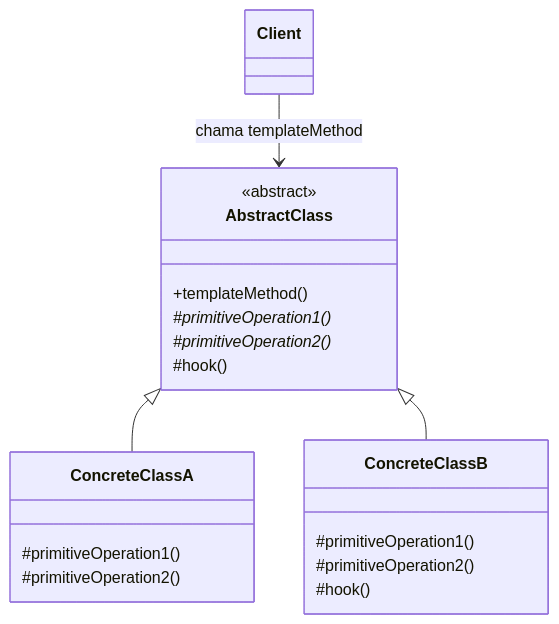
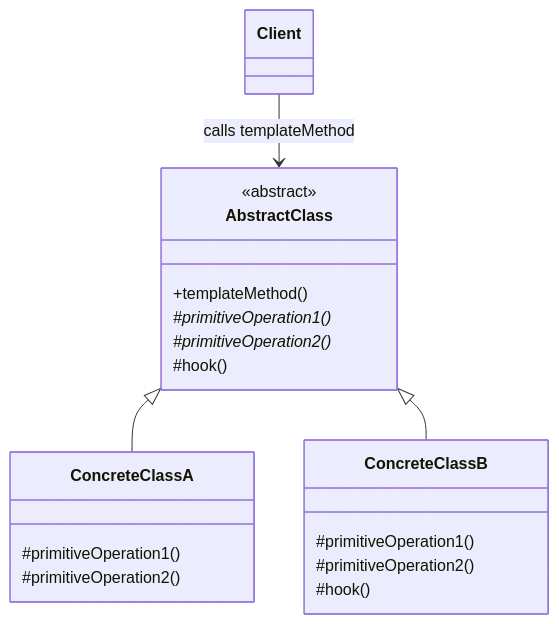
One commit to alancesar/design-patterns changed the diagram in docs/coding/gof/behavioral/template-method.md. Above: the diagram before and after it, drawn with Mermaid. The commit also changed 258 other files, not shown here.

First line of the commit message:
Translate Mermaid diagrams to English

````diff
--- a/docs/coding/gof/behavioral/template-method.md
+++ b/docs/coding/gof/behavioral/template-method.md
@@ -58,23 +58,23 @@
 ```mermaid
 classDiagram
     class AbstractClass {
         <<abstract>>
         +templateMethod()
         #primitiveOperation1()*
         #primitiveOperation2()*
         #hook()
     }
     class ConcreteClassA {
         #primitiveOperation1()
         #primitiveOperation2()
     }
     class ConcreteClassB {
         #primitiveOperation1()
         #primitiveOperation2()
         #hook()
     }
     class Client
     AbstractClass <|-- ConcreteClassA
     AbstractClass <|-- ConcreteClassB
-    Client --> AbstractClass : chama templateMethod
+    Client --> AbstractClass : calls templateMethod
 ```
````
